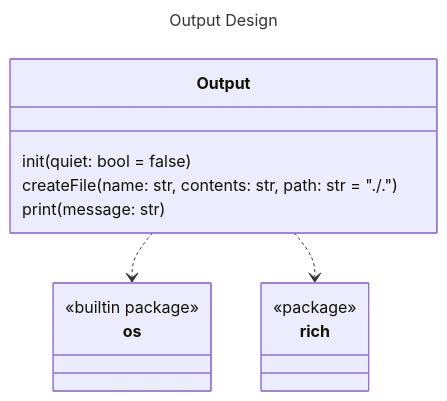
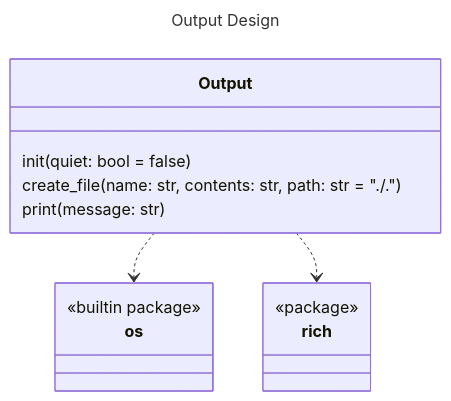
Before and after one commit to Oldranda1414/AutoDev: the diagram in docs/assets/src/output_design.mmd, drawn with Mermaid. The commit also changed 6 other files, not shown here.

```diff
--- a/docs/assets/src/output_design.mmd
+++ b/docs/assets/src/output_design.mmd
@@ -1,20 +1,20 @@
 ---
 title: Output Design
 ---
 classDiagram
     class Output {
         init(quiet: bool = false)
-        createFile(name: str, contents: str, path: str = "./.")
+        create_file(name: str, contents: str, path: str = "./.")
         print(message: str)
     }
 
     class os {
         <<builtin package>>
     }
 
     class rich {
         <<package>>
     }
 
     Output ..> os
     Output ..> rich
```
